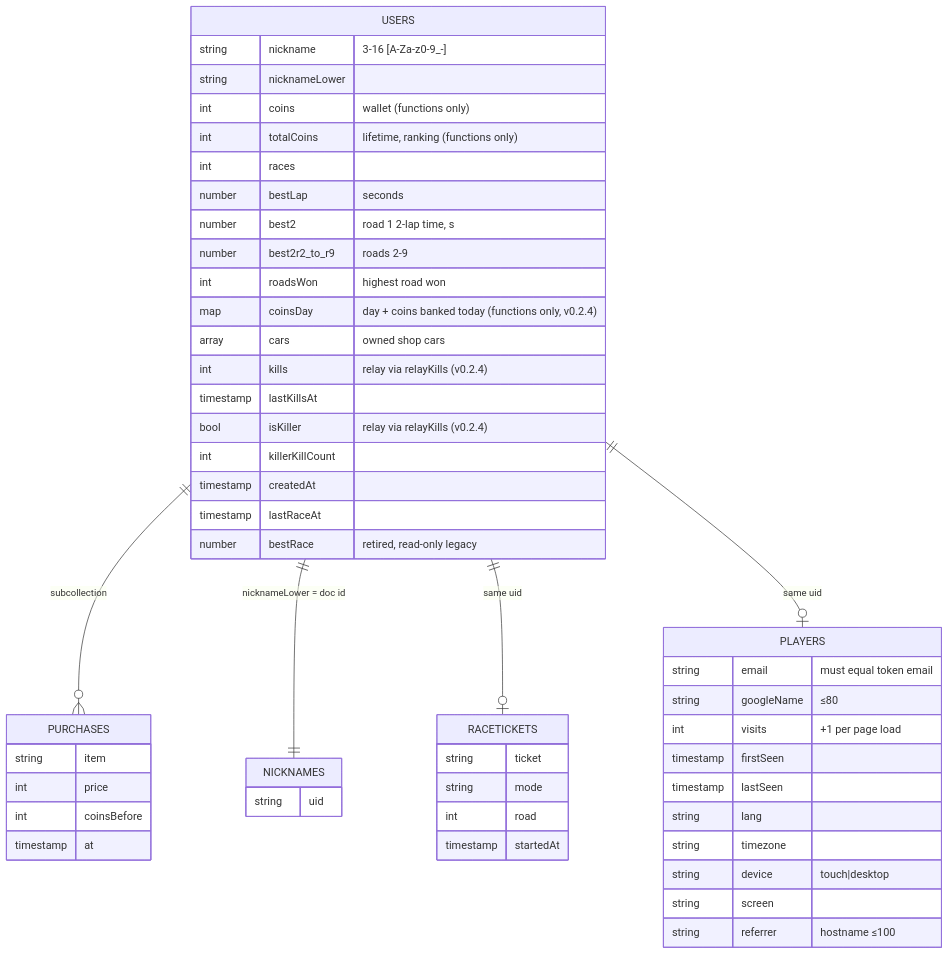
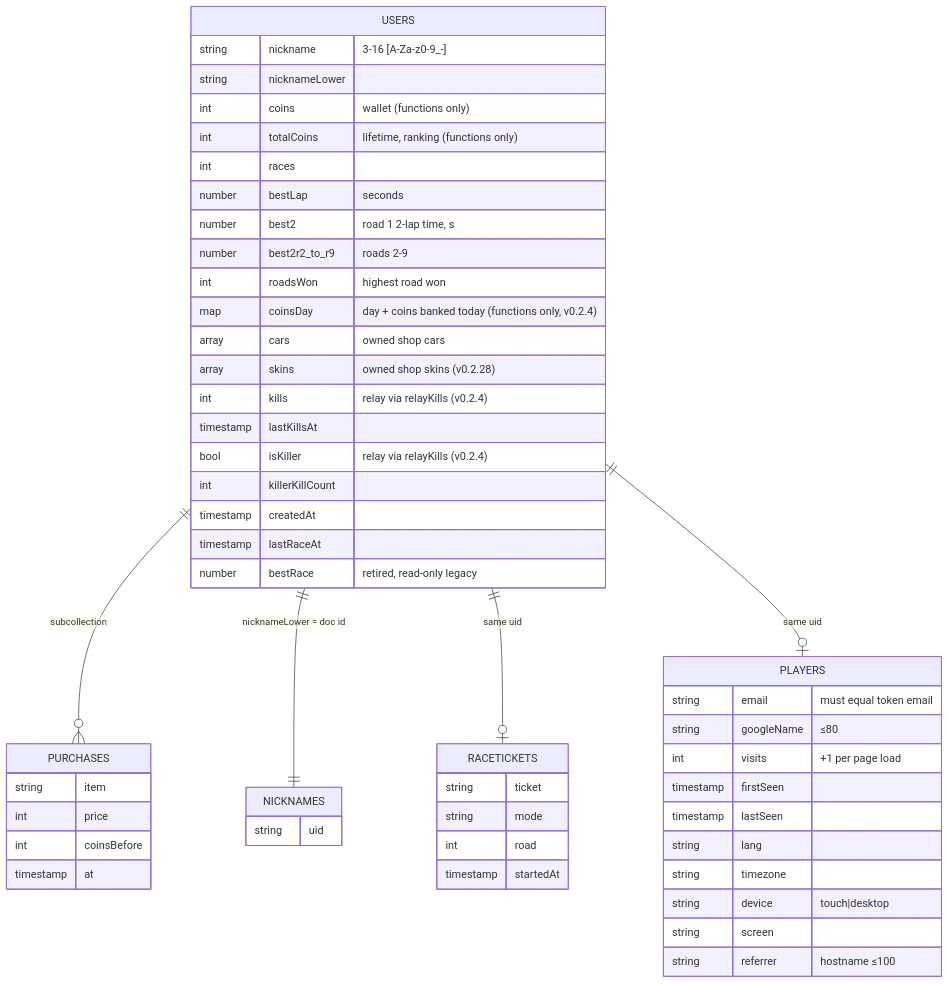
The diagram in techplan/05-data.md (kalk1t/neon_c), drawn with Mermaid before and after one commit. The commit also changed other lines of this file and 6 other files, not shown here.

Commit message:
Tech plan: v0.2.28 (car skins in the shop, v0.2.27 refined cars released)

````diff
--- a/techplan/05-data.md
+++ b/techplan/05-data.md
@@ -7,42 +7,43 @@
 ```mermaid
 erDiagram
   USERS ||--o{ PURCHASES : "subcollection"
   USERS ||--|| NICKNAMES : "nicknameLower = doc id"
   USERS ||--o| RACETICKETS : "same uid"
   USERS ||--o| PLAYERS : "same uid"
   USERS {
     string nickname "3-16 [A-Za-z0-9_-]"
     string nicknameLower
     int coins "wallet (functions only)"
     int totalCoins "lifetime, ranking (functions only)"
     int races
     number bestLap "seconds"
     number best2 "road 1 2-lap time, s"
     number best2r2_to_r9 "roads 2-9"
     int roadsWon "highest road won"
     map coinsDay "day + coins banked today (functions only, v0.2.4)"
     array cars "owned shop cars"
+    array skins "owned shop skins (v0.2.28)"
     int kills "relay via relayKills (v0.2.4)"
     timestamp lastKillsAt
     bool isKiller "relay via relayKills (v0.2.4)"
     int killerKillCount
     timestamp createdAt
     timestamp lastRaceAt
     number bestRace "retired, read-only legacy"
   }
   NICKNAMES { string uid }
   PURCHASES { string item  int price  int coinsBefore  timestamp at }
   RACETICKETS { string ticket  string mode  int road  timestamp startedAt }
   PLAYERS {
     string email "must equal token email"
     string googleName "≤80"
     int visits "+1 per page load"
     timestamp firstSeen
     timestamp lastSeen
     string lang
     string timezone
     string device "touch|desktop"
     string screen
     string referrer "hostname ≤100"
   }
 ```
````
